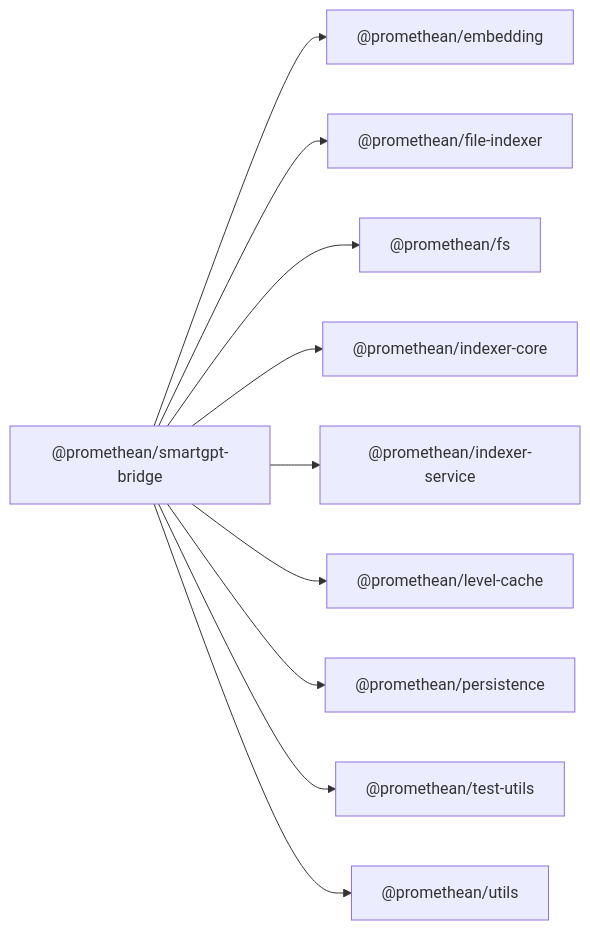
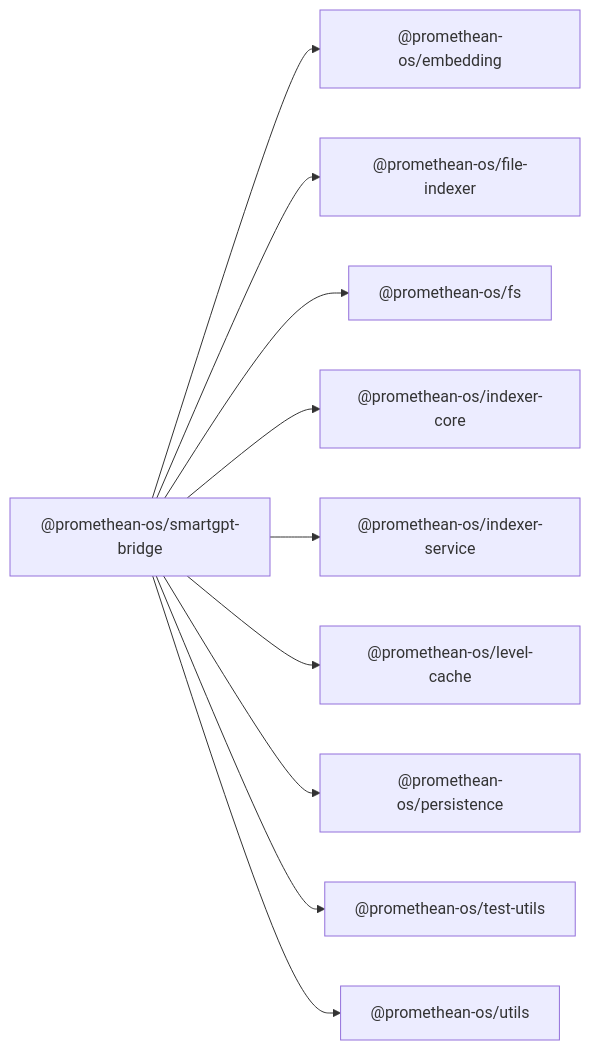
One commit to octave-commons/promethean changed the diagram in docs/packages/smartgpt-bridge/README.md. Above: the diagram before and after it, drawn with Mermaid. The commit also changed other lines of this file and 1753 other files, not shown here.

````diff
--- a/docs/packages/smartgpt-bridge/README.md
+++ b/docs/packages/smartgpt-bridge/README.md
@@ -14,31 +14,31 @@
 ```mermaid
 graph LR
-  A["@promethean/smartgpt-bridge"]
-  D1["@promethean/embedding"]
-  D2["@promethean/file-indexer"]
-  D3["@promethean/fs"]
-  D4["@promethean/indexer-core"]
-  D5["@promethean/indexer-service"]
-  D6["@promethean/level-cache"]
-  D7["@promethean/persistence"]
-  D8["@promethean/test-utils"]
-  D9["@promethean/utils"]
-  A --> D1["@promethean/embedding"]
-  A --> D2["@promethean/file-indexer"]
-  A --> D3["@promethean/fs"]
-  A --> D4["@promethean/indexer-core"]
-  A --> D5["@promethean/indexer-service"]
-  A --> D6["@promethean/level-cache"]
-  A --> D7["@promethean/persistence"]
-  A --> D8["@promethean/test-utils"]
-  A --> D9["@promethean/utils"]
-  click D1 "../embedding/README.md" "@promethean/embedding"
-  click D2 "../file-indexer/README.md" "@promethean/file-indexer"
-  click D3 "../fs/README.md" "@promethean/fs"
-  click D4 "../indexer-core/README.md" "@promethean/indexer-core"
-  click D5 "../indexer-service/README.md" "@promethean/indexer-service"
-  click D6 "../level-cache/README.md" "@promethean/level-cache"
-  click D7 "../persistence/README.md" "@promethean/persistence"
-  click D8 "../test-utils/README.md" "@promethean/test-utils"
-  click D9 "../utils/README.md" "@promethean/utils"
+  A["@promethean-os/smartgpt-bridge"]
+  D1["@promethean-os/embedding"]
+  D2["@promethean-os/file-indexer"]
+  D3["@promethean-os/fs"]
+  D4["@promethean-os/indexer-core"]
+  D5["@promethean-os/indexer-service"]
+  D6["@promethean-os/level-cache"]
+  D7["@promethean-os/persistence"]
+  D8["@promethean-os/test-utils"]
+  D9["@promethean-os/utils"]
+  A --> D1["@promethean-os/embedding"]
+  A --> D2["@promethean-os/file-indexer"]
+  A --> D3["@promethean-os/fs"]
+  A --> D4["@promethean-os/indexer-core"]
+  A --> D5["@promethean-os/indexer-service"]
+  A --> D6["@promethean-os/level-cache"]
+  A --> D7["@promethean-os/persistence"]
+  A --> D8["@promethean-os/test-utils"]
+  A --> D9["@promethean-os/utils"]
+  click D1 "../embedding/README.md" "@promethean-os/embedding"
+  click D2 "../file-indexer/README.md" "@promethean-os/file-indexer"
+  click D3 "../fs/README.md" "@promethean-os/fs"
+  click D4 "../indexer-core/README.md" "@promethean-os/indexer-core"
+  click D5 "../indexer-service/README.md" "@promethean-os/indexer-service"
+  click D6 "../level-cache/README.md" "@promethean-os/level-cache"
+  click D7 "../persistence/README.md" "@promethean-os/persistence"
+  click D8 "../test-utils/README.md" "@promethean-os/test-utils"
+  click D9 "../utils/README.md" "@promethean-os/utils"
 ```
````
